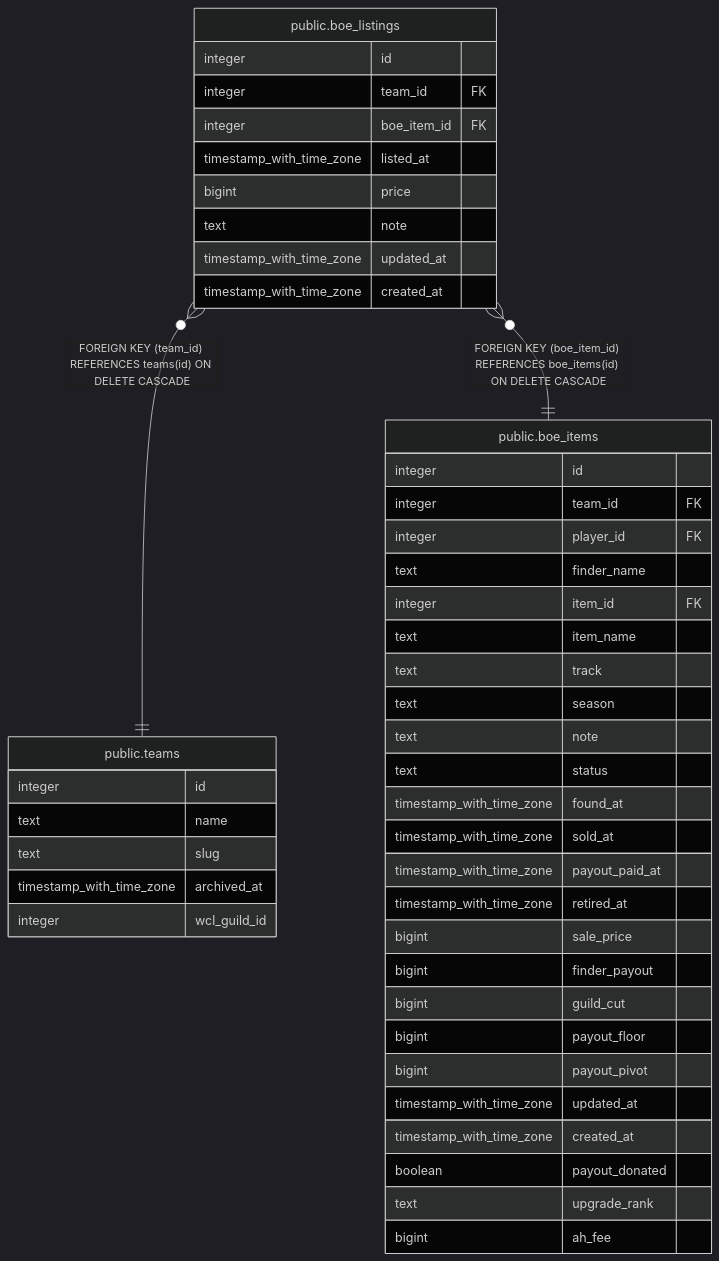
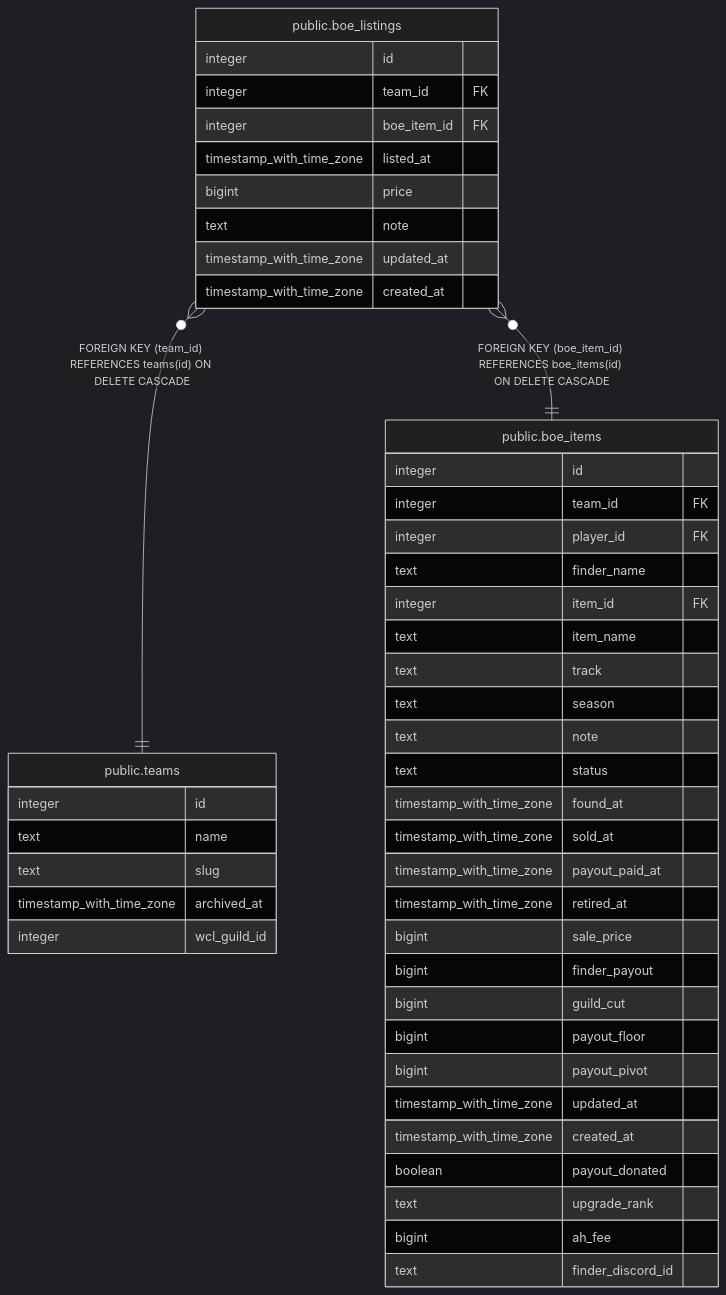
The diagram in dbdoc/public.boe_listings.md (katogaming88/Phoenix-Roster), drawn with Mermaid (dark theme) before and after one commit. The commit also changed 14 other files, not shown here.

First line of the commit message:
Record the signed-in finder's Discord id on a submitted find (#904)

````diff
--- a/dbdoc/public.boe_listings.md
+++ b/dbdoc/public.boe_listings.md
@@ -41,50 +41,51 @@
 ```mermaid
 erDiagram
 
 "public.boe_listings" }o--|| "public.teams" : "FOREIGN KEY (team_id) REFERENCES teams(id) ON DELETE CASCADE"
 "public.boe_listings" }o--|| "public.boe_items" : "FOREIGN KEY (boe_item_id) REFERENCES boe_items(id) ON DELETE CASCADE"
 
 "public.boe_listings" {
   integer id
   integer team_id FK
   integer boe_item_id FK
   timestamp_with_time_zone listed_at
   bigint price
   text note
   timestamp_with_time_zone updated_at
   timestamp_with_time_zone created_at
 }
 "public.teams" {
   integer id
   text name
   text slug
   timestamp_with_time_zone archived_at
   integer wcl_guild_id
 }
 "public.boe_items" {
   integer id
   integer team_id FK
   integer player_id FK
   text finder_name
   integer item_id FK
   text item_name
   text track
   text season
   text note
   text status
   timestamp_with_time_zone found_at
   timestamp_with_time_zone sold_at
   timestamp_with_time_zone payout_paid_at
   timestamp_with_time_zone retired_at
   bigint sale_price
   bigint finder_payout
   bigint guild_cut
   bigint payout_floor
   bigint payout_pivot
   timestamp_with_time_zone updated_at
   timestamp_with_time_zone created_at
   boolean payout_donated
   text upgrade_rank
   bigint ah_fee
+  text finder_discord_id
 }
 ```
````
